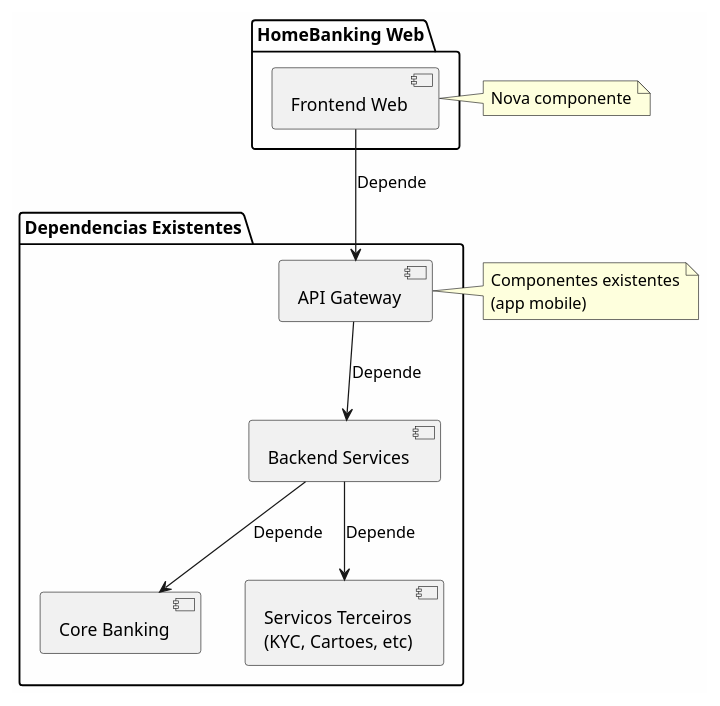
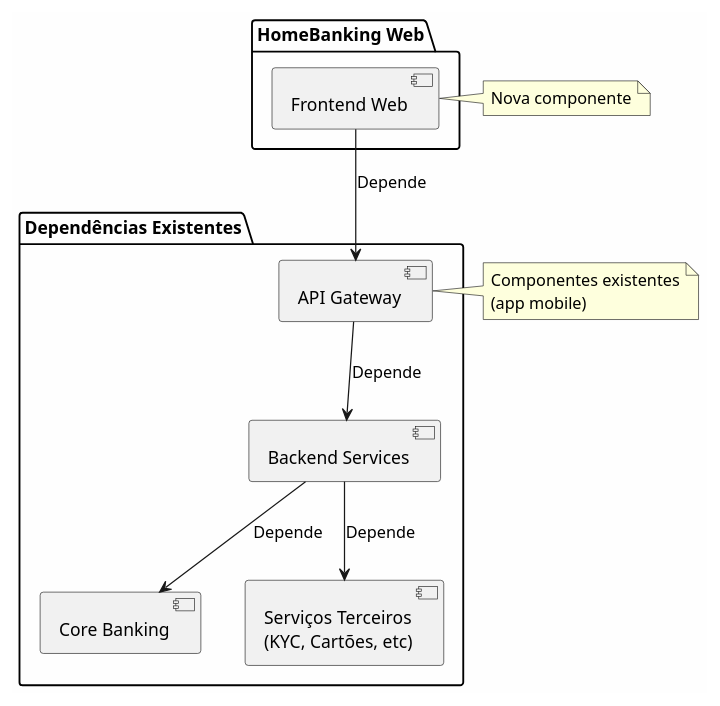
One commit to beduardo/novobanco_website_doc changed the diagram in current/sections/SEC-02-contexto-negocio-requisitos.md. Above: the diagram before and after it, drawn with PlantUML. The commit also changed other lines of this file and 182 other files, not shown here.

````diff
--- a/current/sections/SEC-02-contexto-negocio-requisitos.md
+++ b/current/sections/SEC-02-contexto-negocio-requisitos.md
@@ -160,30 +160,30 @@
 ```plantuml
 @startuml
 skinparam backgroundColor #FEFEFE
 
 package "HomeBanking Web" {
     [Frontend Web] as FE
 }
 
-package "Dependencias Existentes" {
+package "Dependências Existentes" {
     [API Gateway] as APIGW
     [Backend Services] as BE
     [Core Banking] as CORE
-    [Servicos Terceiros\n(KYC, Cartoes, etc)] as THIRD
+    [Serviços Terceiros\n(KYC, Cartões, etc)] as THIRD
 }
 
 FE --> APIGW : Depende
 APIGW --> BE : Depende
 BE --> CORE : Depende
 BE --> THIRD : Depende
 
 note right of FE
   Nova componente
 end note
 
 note right of APIGW
   Componentes existentes
   (app mobile)
 end note
 @enduml
 ```
````
